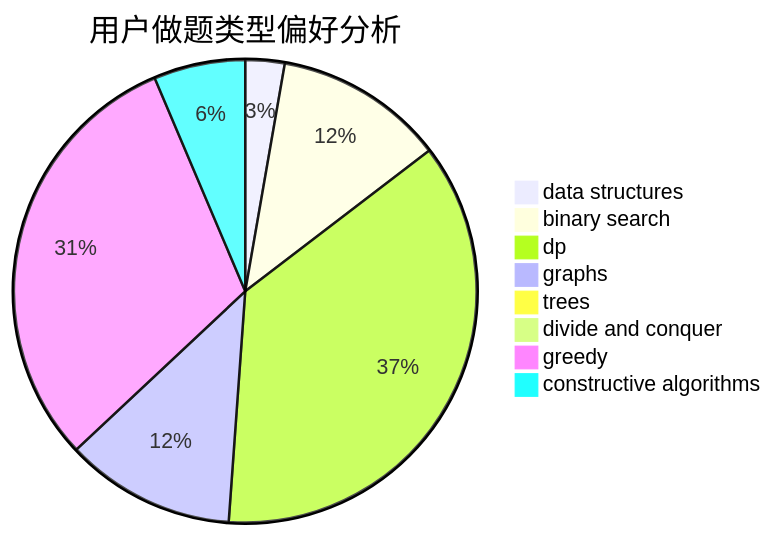
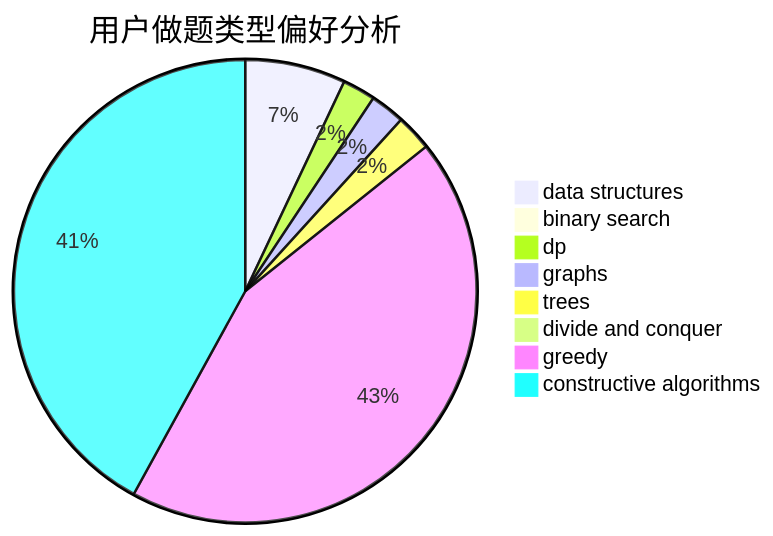
Before and after one commit to sherpahu/cfrs.github.io: the second of 3 diagrams in docs/user/u1197.md, drawn with Mermaid. The commit also changed other lines of this file and 2770 other files, not shown here.

````diff
--- a/docs/user/u1197.md
+++ b/docs/user/u1197.md
@@ -23,11 +23,11 @@
 ```mermaid
 pie title 用户做题类型偏好分析
-    "data structures" :  6
-    "binary search" :  26
-    "dp" :  80
-    "graphs" :  26
-    "trees" :  0
-    "divide and conquer" :  0
-    "greedy" :  67
-    "constructive algorithms" :  14
+    "data structures" :  61
+    "binary search" :  7
+    "dp" :  20
+    "graphs" :  21
+    "trees" :  22
+    "divide and conquer" :  6
+    "greedy" :  380
+    "constructive algorithms" :  365
 ```
````
